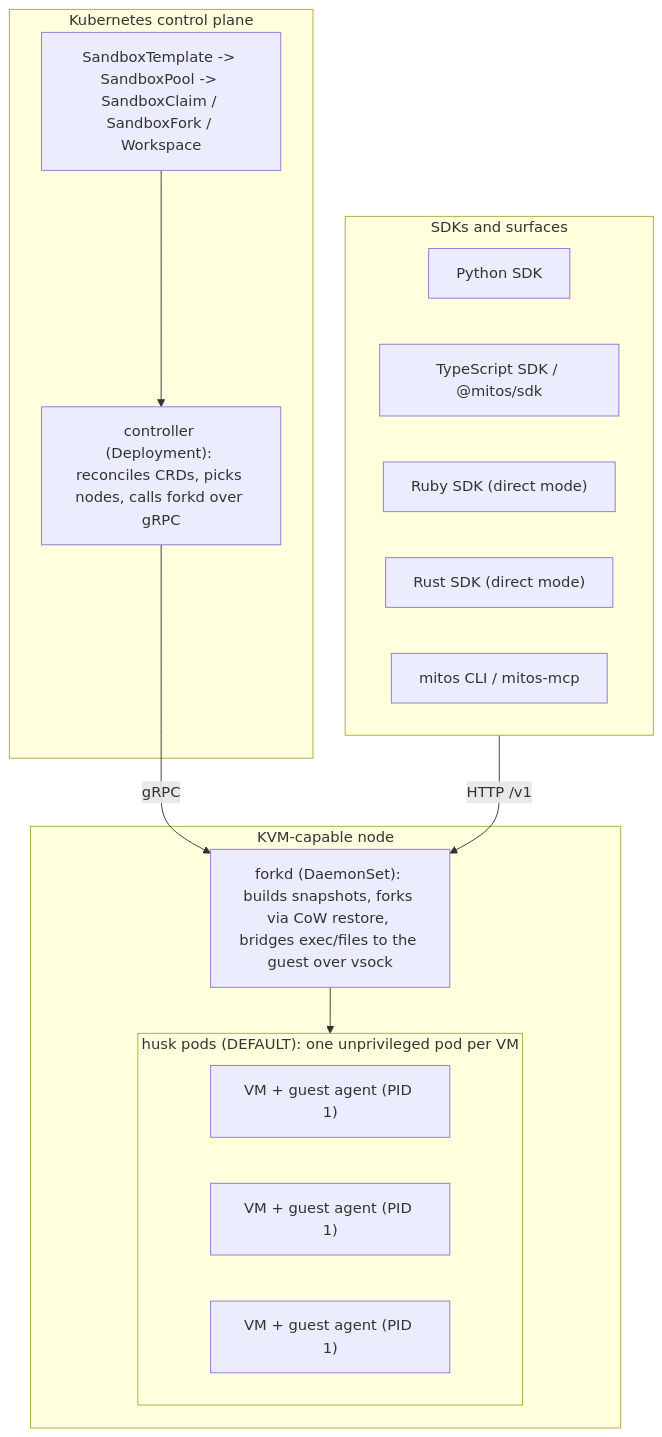
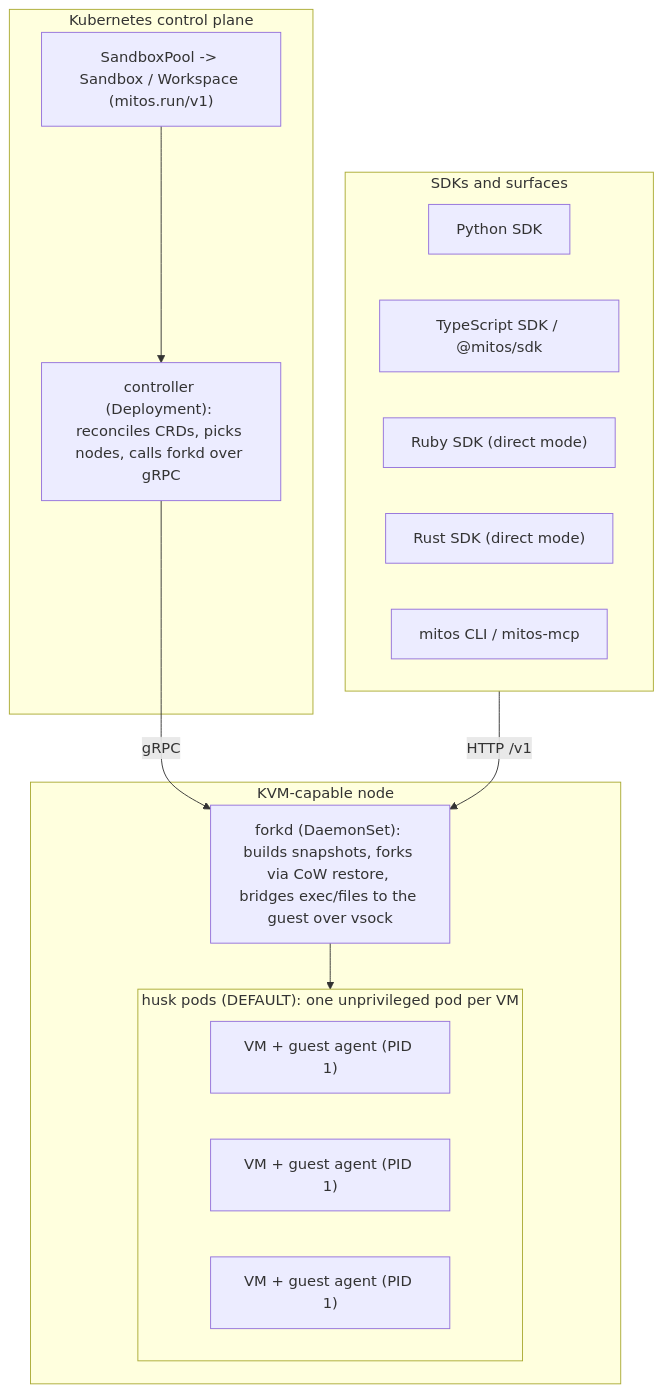
The diagram in README.md (mitos-run/mitos), drawn with Mermaid before and after one commit. The commit also changed other lines of this file and 8 other files, not shown here.

First line of the commit message:
docs: update operator-facing docs to mitos.run/v1 three-noun surface

````diff
--- a/README.md
+++ b/README.md
@@ -341,29 +336,29 @@
 ```mermaid
 flowchart TB
   subgraph SDKs["SDKs and surfaces"]
     PY["Python SDK"]
     TS["TypeScript SDK / @mitos/sdk"]
     RB["Ruby SDK (direct mode)"]
     RS["Rust SDK (direct mode)"]
     CLI["mitos CLI / mitos-mcp"]
   end
 
   subgraph CP["Kubernetes control plane"]
-    CRD["SandboxTemplate -> SandboxPool -> SandboxClaim / SandboxFork / Workspace"]
+    CRD["SandboxPool -> Sandbox / Workspace (mitos.run/v1)"]
     CTRL["controller (Deployment): reconciles CRDs, picks nodes, calls forkd over gRPC"]
     CRD --> CTRL
   end
 
   subgraph NODE["KVM-capable node"]
     FORKD["forkd (DaemonSet): builds snapshots, forks via CoW restore, bridges exec/files to the guest over vsock"]
     subgraph PODS["husk pods (DEFAULT): one unprivileged pod per VM"]
       VM1["VM + guest agent (PID 1)"]
       VM2["VM + guest agent (PID 1)"]
       VM3["VM + guest agent (PID 1)"]
     end
     FORKD --> PODS
   end
 
   SDKs -->|HTTP /v1| FORKD
   CTRL -->|gRPC| FORKD
 ```
````
